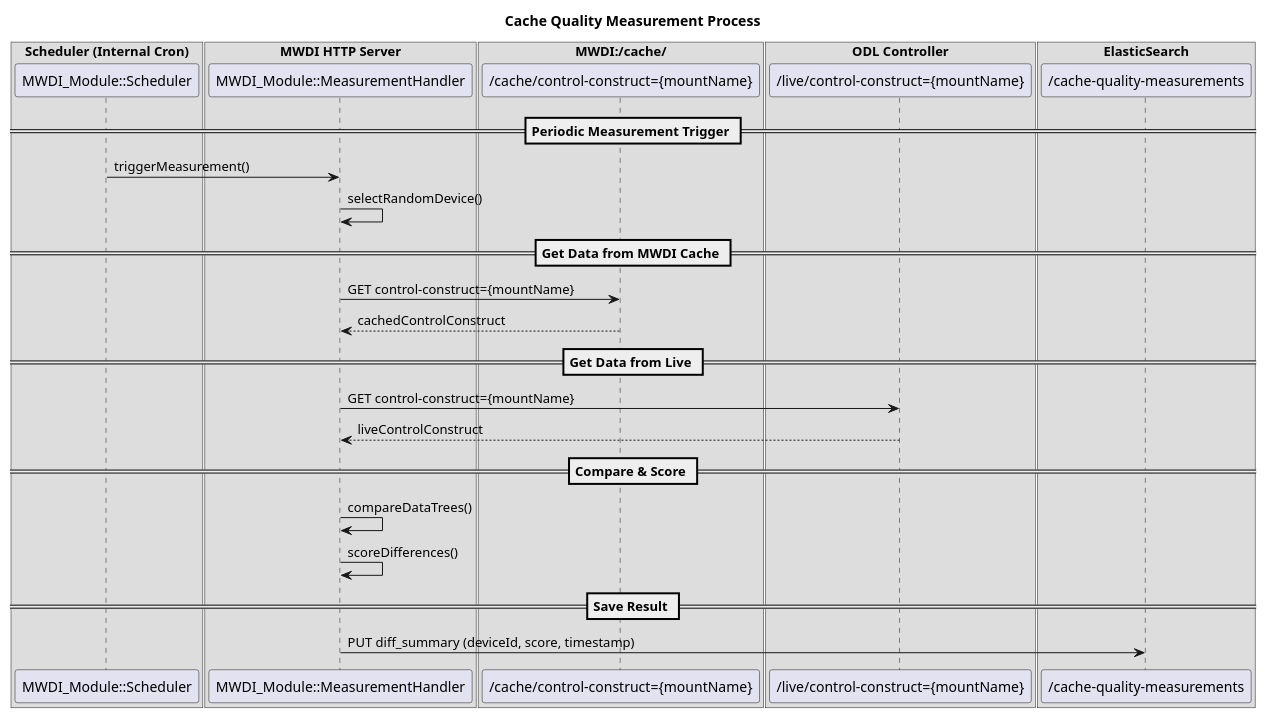
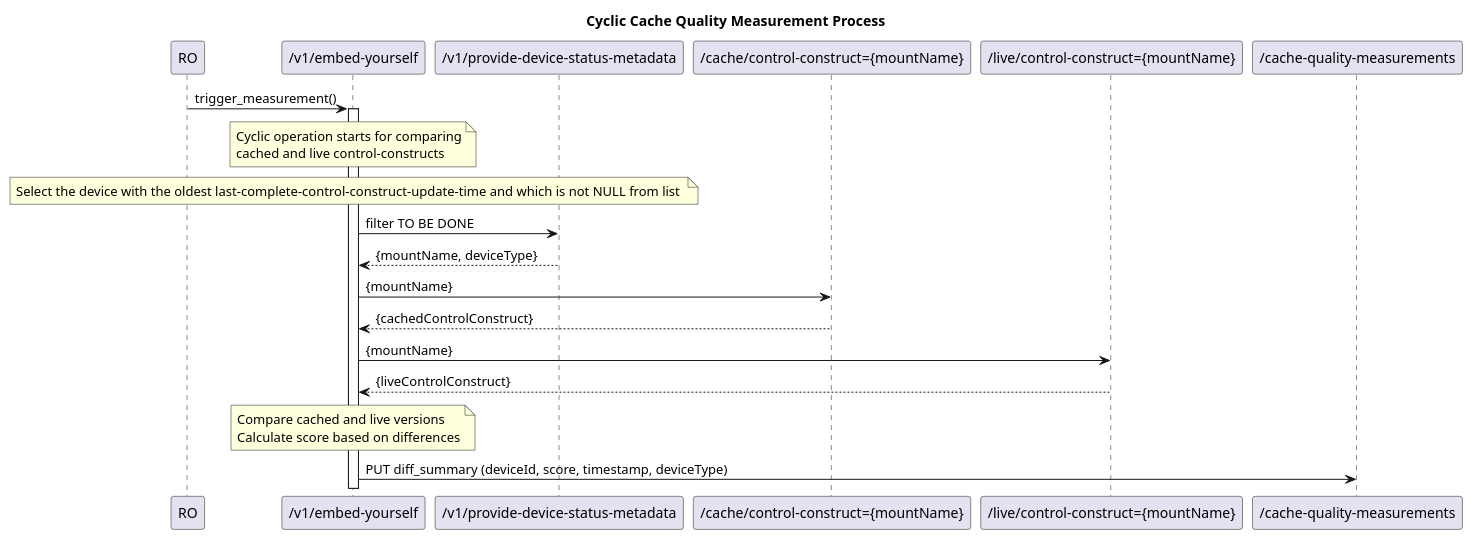
The diagram in spec/_Defne wip/diagrams/CacheQualityMeasurementProcess.plantuml (openBackhaul/MicroWaveDeviceInventory), drawn with PlantUML before and after one commit. The commit also changed 5 other files, not shown here.

```diff
--- a/spec/_Defne wip/diagrams/CacheQualityMeasurementProcess.plantuml
+++ b/spec/_Defne wip/diagrams/CacheQualityMeasurementProcess.plantuml
@@ -1,45 +1,43 @@
-@startuml NotifiedDisconnectedDeviceCausesCacheComparison
+@startuml 01x_CyclicCacheQualityMeasurement
+skinparam responseMessageBelowArrow true
 
-title Cache Quality Measurement Process
+title Cyclic Cache Quality Measurement Process
 
-box "Scheduler (Internal Cron)" 
-  participant "MWDI_Module::Scheduler" as Scheduler
-end box
+participant RO as ro
+participant "/v1/embed-yourself" as mwdi
+participant "/v1/provide-device-status-metadata" as metadata
+participant "/cache/control-construct={mountName}" as cache
+participant "/live/control-construct={mountName}" as live
+participant "/cache-quality-measurements" as store
 
-box "MWDI HTTP Server" 
-  participant "MWDI_Module::MeasurementHandler" as Handler
-end box
+ro -> mwdi : trigger_measurement()
+activate mwdi
 
-box "MWDI:/cache/" 
-  participant "/cache/control-construct={mountName}" as CacheAPI
-end box
+note over mwdi
+Cyclic operation starts for comparing
+cached and live control-constructs
+end note
 
-box "ODL Controller" 
-  participant "/live/control-construct={mountName}" as LiveAPI
-end box
+note over mwdi
+Select the device with the oldest last-complete-control-construct-update-time and which is not NULL from list 
+end note
 
-box "ElasticSearch" 
-  participant "/cache-quality-measurements" as ResultStore
-end box
+mwdi -> metadata : filter TO BE DONE
+metadata --> mwdi : {mountName, deviceType}
 
-== Periodic Measurement Trigger ==
+mwdi -> cache : {mountName}
+cache --> mwdi : {cachedControlConstruct}
 
-Scheduler -> Handler : triggerMeasurement()
-Handler -> Handler : selectRandomDevice()
 
-== Get Data from MWDI Cache ==
-Handler -> CacheAPI : GET control-construct={mountName}
-CacheAPI --> Handler : cachedControlConstruct
+mwdi -> live : {mountName}
+live --> mwdi :  {liveControlConstruct}
 
-== Get Data from Live ==
-Handler -> LiveAPI : GET control-construct={mountName}
-LiveAPI --> Handler : liveControlConstruct
+note over mwdi
+Compare cached and live versions
+Calculate score based on differences
+end note
 
-== Compare & Score ==
-Handler -> Handler : compareDataTrees()
-Handler -> Handler : scoreDifferences()
+mwdi -> store : PUT diff_summary (deviceId, score, timestamp, deviceType)
 
-== Save Result ==
-Handler -> ResultStore : PUT diff_summary (deviceId, score, timestamp)
 
 @enduml
```
